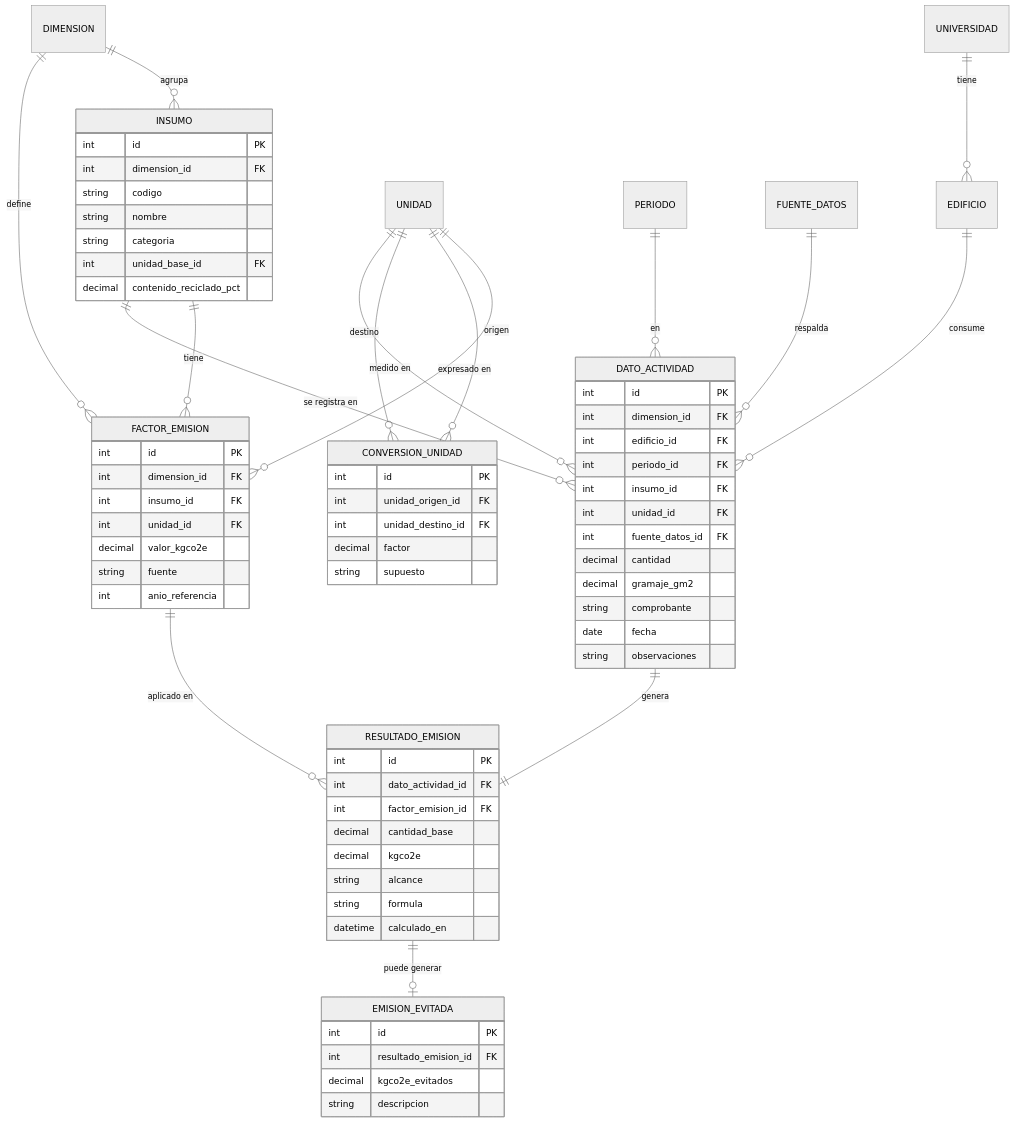
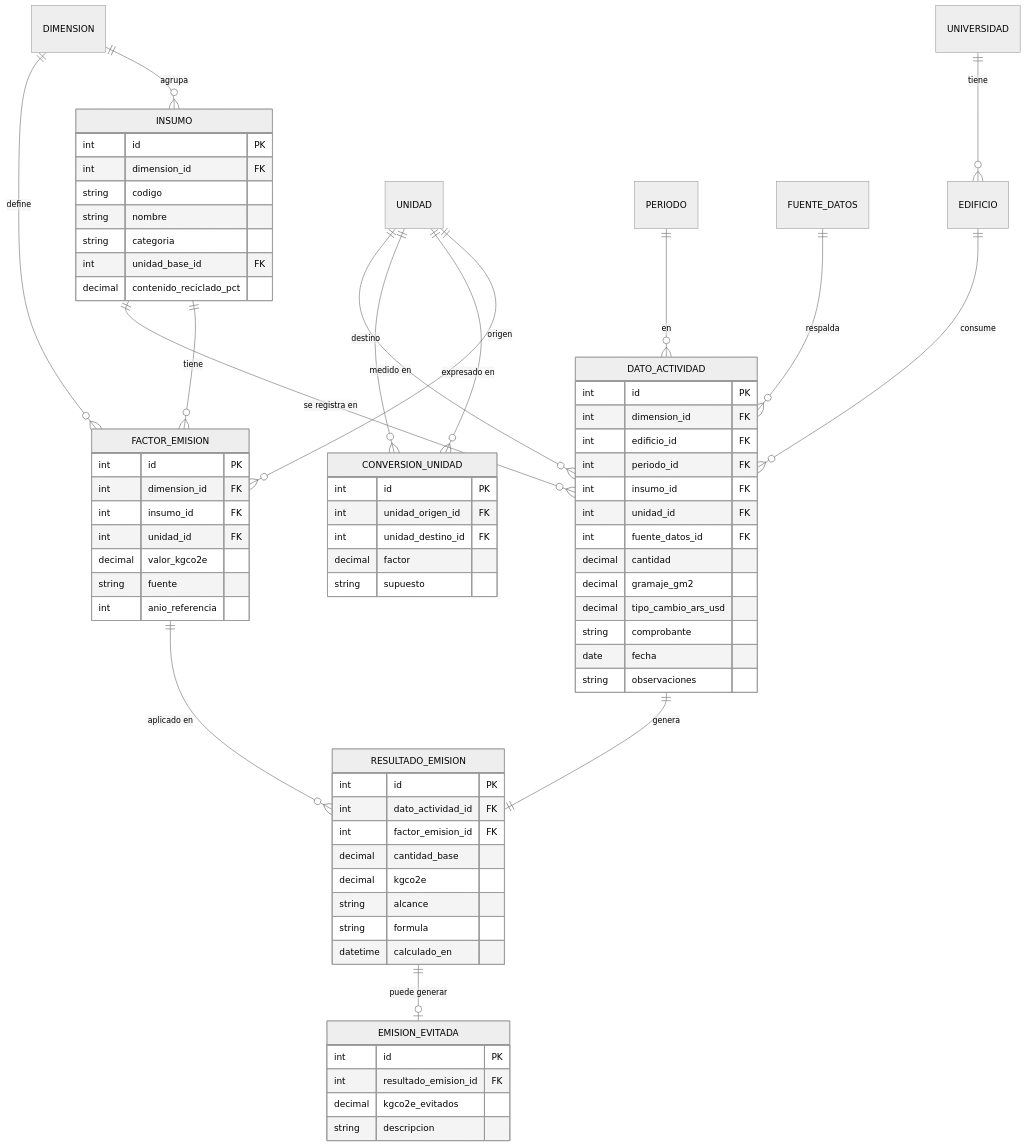
Before and after one commit to JuanMoreno912/Tp2-Green-Software-API: the diagram in docs/02-modelo-datos.md, drawn with Mermaid (neutral theme). The commit also changed other lines of this file and 24 other files, not shown here.

````diff
--- a/docs/02-modelo-datos.md
+++ b/docs/02-modelo-datos.md
@@ -7,74 +7,75 @@
 ```mermaid
 erDiagram
     UNIVERSIDAD ||--o{ EDIFICIO : tiene
     DIMENSION ||--o{ INSUMO : agrupa
     DIMENSION ||--o{ FACTOR_EMISION : define
     UNIDAD ||--o{ FACTOR_EMISION : "expresado en"
     UNIDAD ||--o{ CONVERSION_UNIDAD : origen
     UNIDAD ||--o{ CONVERSION_UNIDAD : destino
     INSUMO ||--o{ FACTOR_EMISION : "tiene"
     INSUMO ||--o{ DATO_ACTIVIDAD : "se registra en"
     EDIFICIO ||--o{ DATO_ACTIVIDAD : "consume"
     PERIODO ||--o{ DATO_ACTIVIDAD : "en"
     UNIDAD ||--o{ DATO_ACTIVIDAD : "medido en"
     FUENTE_DATOS ||--o{ DATO_ACTIVIDAD : "respalda"
     DATO_ACTIVIDAD ||--|| RESULTADO_EMISION : genera
     FACTOR_EMISION ||--o{ RESULTADO_EMISION : "aplicado en"
     RESULTADO_EMISION ||--o| EMISION_EVITADA : "puede generar"
 
     INSUMO {
         int id PK
         int dimension_id FK
         string codigo
         string nombre
         string categoria
         int unidad_base_id FK
         decimal contenido_reciclado_pct
     }
     CONVERSION_UNIDAD {
         int id PK
         int unidad_origen_id FK
         int unidad_destino_id FK
         decimal factor
         string supuesto
     }
     DATO_ACTIVIDAD {
         int id PK
         int dimension_id FK
         int edificio_id FK
         int periodo_id FK
         int insumo_id FK
         int unidad_id FK
         int fuente_datos_id FK
         decimal cantidad
         decimal gramaje_gm2
+        decimal tipo_cambio_ars_usd
         string comprobante
         date fecha
         string observaciones
     }
     FACTOR_EMISION {
         int id PK
         int dimension_id FK
         int insumo_id FK
         int unidad_id FK
         decimal valor_kgco2e
         string fuente
         int anio_referencia
     }
     RESULTADO_EMISION {
         int id PK
         int dato_actividad_id FK
         int factor_emision_id FK
         decimal cantidad_base
         decimal kgco2e
         string alcance
         string formula
         datetime calculado_en
     }
     EMISION_EVITADA {
         int id PK
         int resultado_emision_id FK
         decimal kgco2e_evitados
         string descripcion
     }
 ```
````
